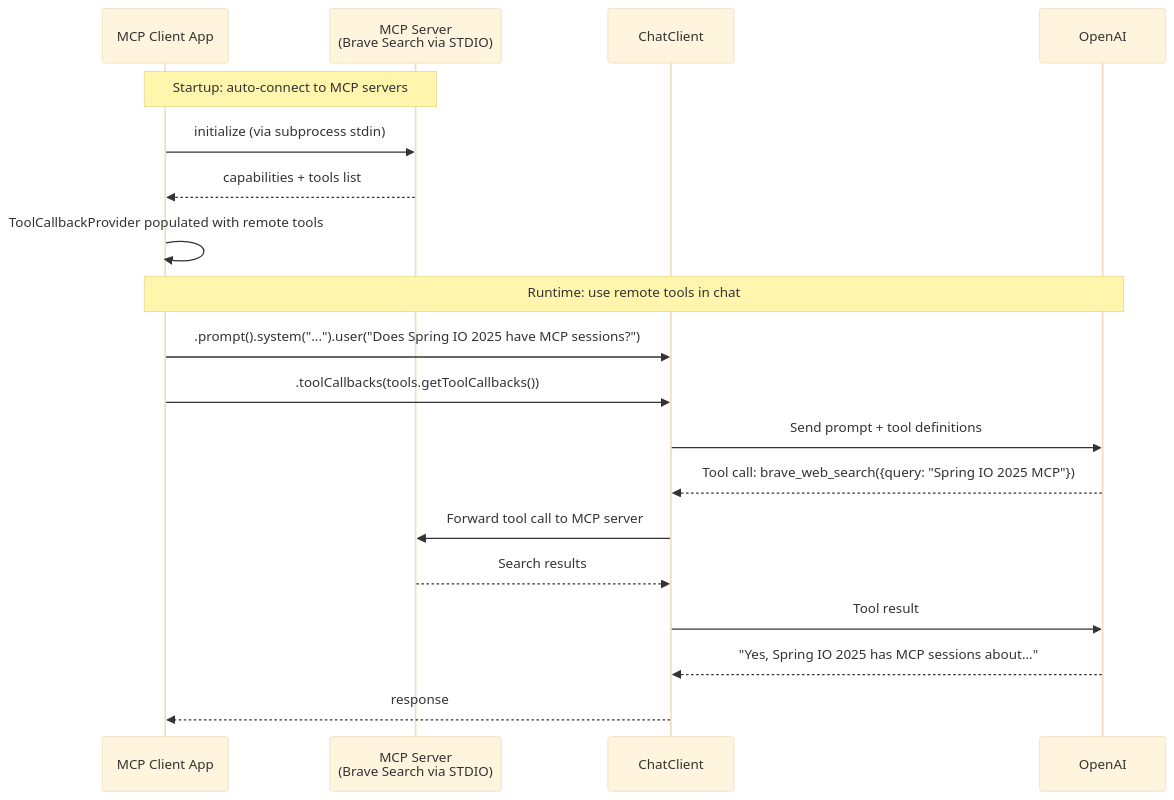
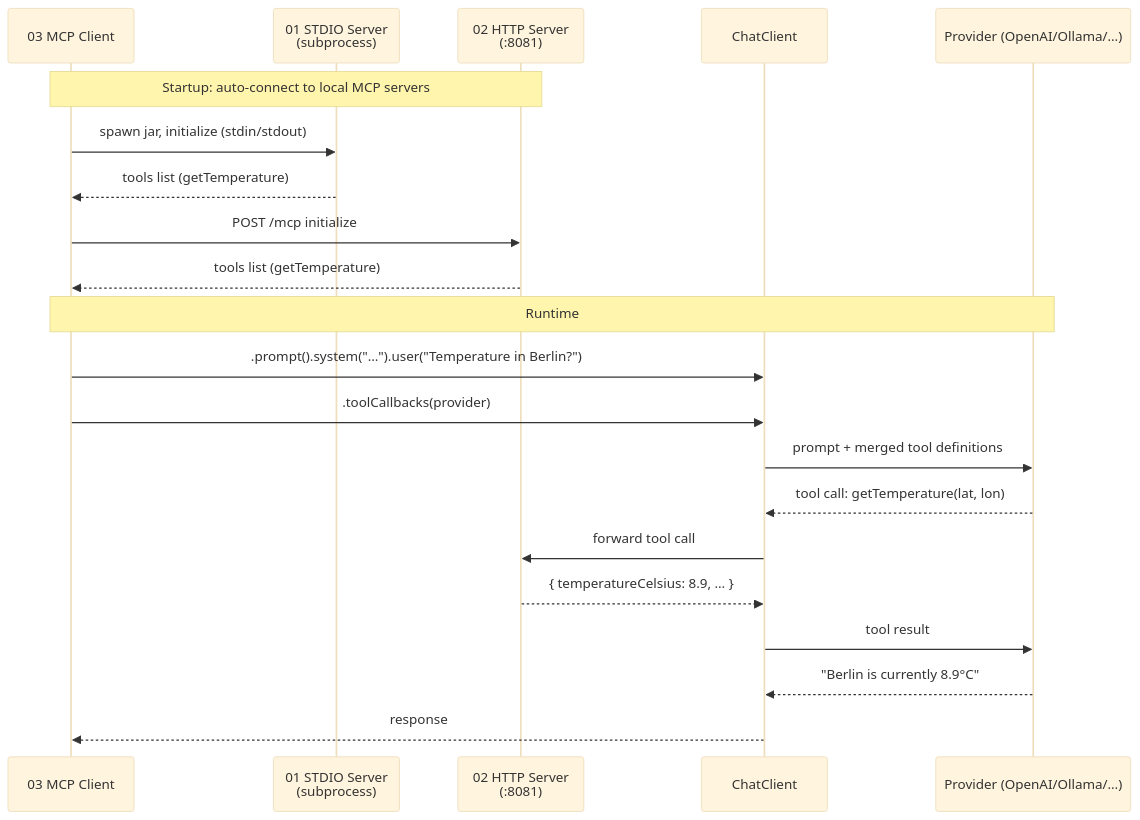
One commit to andrlange/spring-ai-zero-to-hero changed the fourth of 7 diagrams in docs/spring-ai/SPRING_AI_STAGE_6.md. Above: the diagram before and after it, drawn with Mermaid (base theme). The commit also changed other lines of this file, not shown here.

First line of the commit message:
docs(stage6): rewrite Demo 03 section — local default, external CLI-only

````diff
--- a/docs/spring-ai/SPRING_AI_STAGE_6.md
+++ b/docs/spring-ai/SPRING_AI_STAGE_6.md
@@ -326,24 +335,25 @@
 ```mermaid
 sequenceDiagram
-    participant App as MCP Client App
-    participant MCP as MCP Server<br/>(Brave Search via STDIO)
+    participant App as 03 MCP Client
+    participant Stdio as 01 STDIO Server<br/>(subprocess)
+    participant Http as 02 HTTP Server<br/>(:8081)
     participant ChatClient as ChatClient
-    participant LLM as OpenAI
+    participant LLM as Provider (OpenAI/Ollama/…)
 
-    Note over App,MCP: Startup: auto-connect to MCP servers
-    App->>MCP: initialize (via subprocess stdin)
-    MCP-->>App: capabilities + tools list
-    App->>App: ToolCallbackProvider populated with remote tools
+    Note over App,Http: Startup: auto-connect to local MCP servers
+    App->>Stdio: spawn jar, initialize (stdin/stdout)
+    Stdio-->>App: tools list (getTemperature)
+    App->>Http: POST /mcp initialize
+    Http-->>App: tools list (getTemperature)
 
-    Note over App,LLM: Runtime: use remote tools in chat
-    App->>ChatClient: .prompt().system("...").user("Does Spring IO 2025 have MCP sessions?")
-    App->>ChatClient: .toolCallbacks(tools.getToolCallbacks())
-    ChatClient->>LLM: Send prompt + tool definitions
-
-    LLM-->>ChatClient: Tool call: brave_web_search({query: "Spring IO 2025 MCP"})
-    ChatClient->>MCP: Forward tool call to MCP server
-    MCP-->>ChatClient: Search results
-    ChatClient->>LLM: Tool result
-    LLM-->>ChatClient: "Yes, Spring IO 2025 has MCP sessions about..."
+    Note over App,LLM: Runtime
+    App->>ChatClient: .prompt().system("…").user("Temperature in Berlin?")
+    App->>ChatClient: .toolCallbacks(provider)
+    ChatClient->>LLM: prompt + merged tool definitions
+    LLM-->>ChatClient: tool call: getTemperature(lat, lon)
+    ChatClient->>Http: forward tool call
+    Http-->>ChatClient: { temperatureCelsius: 8.9, … }
+    ChatClient->>LLM: tool result
+    LLM-->>ChatClient: "Berlin is currently 8.9°C"
     ChatClient-->>App: response
 ```
````
